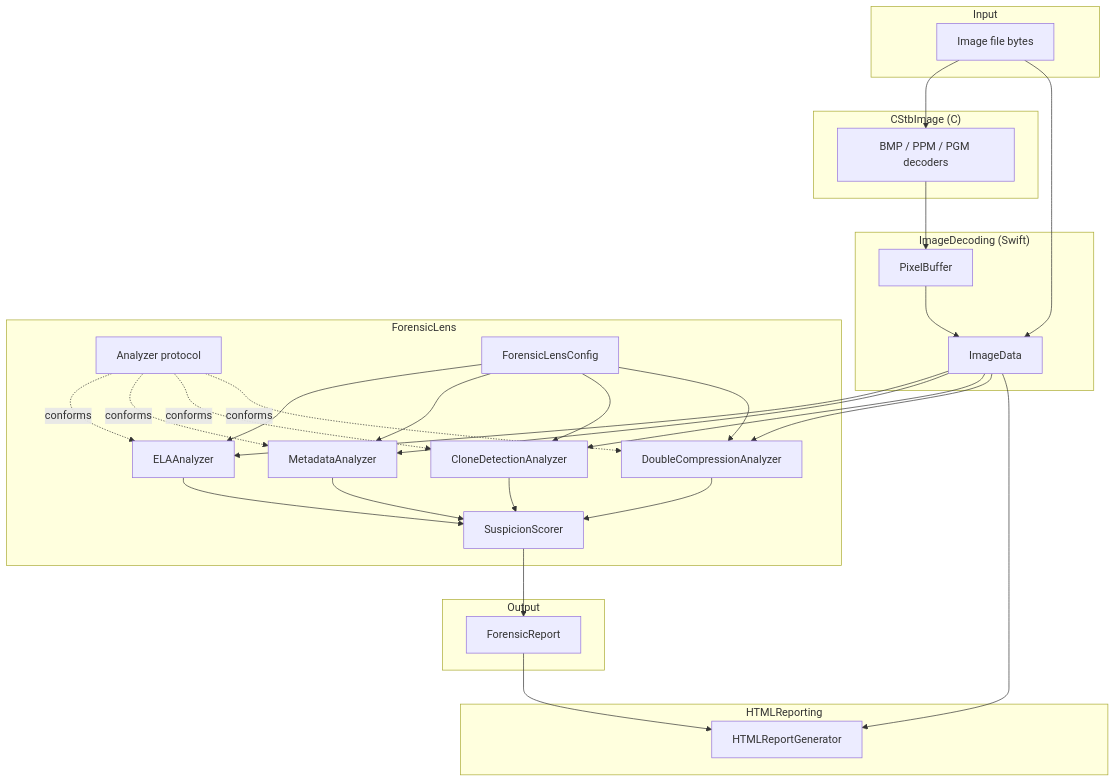
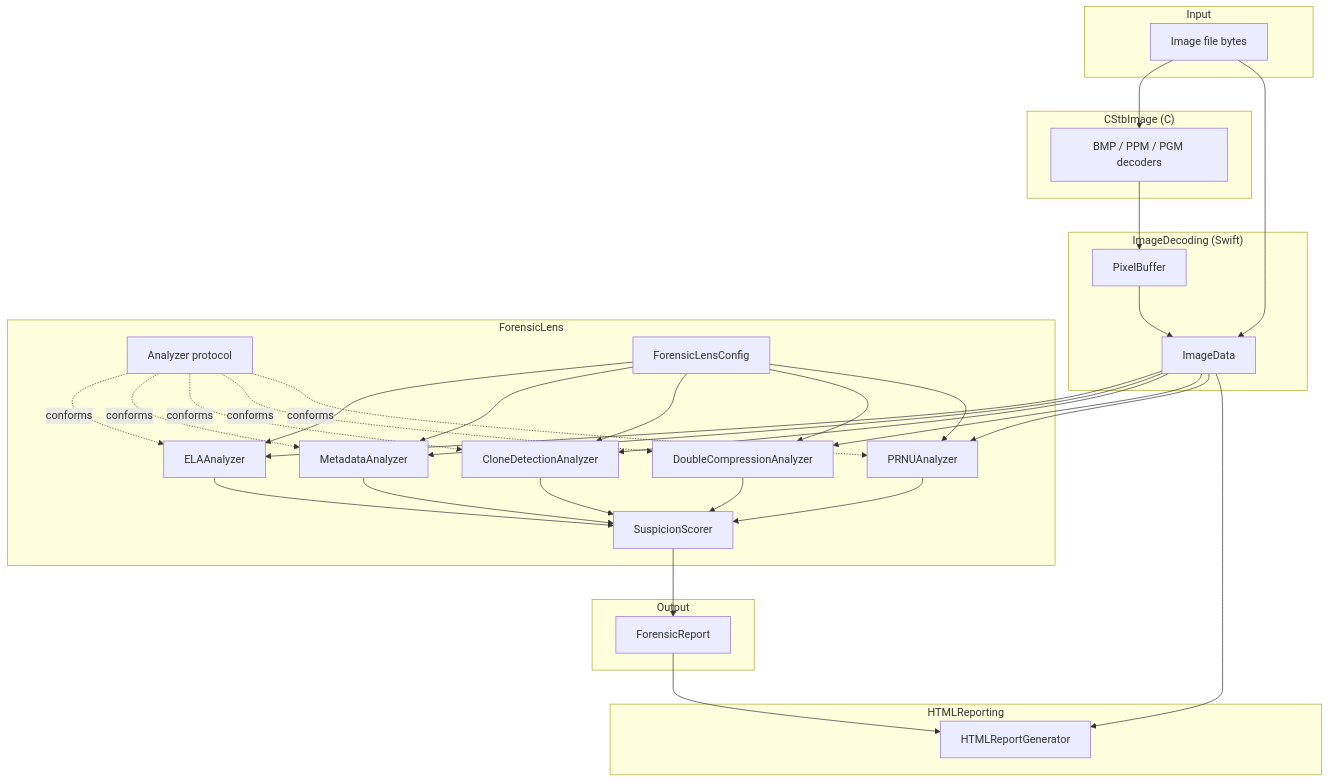
The diagram in README.md (Deipedra34/ForensicLens), drawn with Mermaid before and after one commit. The commit also changed other lines of this file and 25 other files, not shown here.

````diff
--- a/README.md
+++ b/README.md
@@ -31,57 +32,62 @@
 ```mermaid
 flowchart TB
     subgraph Input
         File[Image file bytes]
     end
 
     subgraph CStbImage["CStbImage (C)"]
         Decode[BMP / PPM / PGM decoders]
     end
 
     subgraph ImageDecoding["ImageDecoding (Swift)"]
         PixelBuffer[PixelBuffer]
         ImageData[ImageData]
     end
 
     subgraph ForensicLens["ForensicLens"]
         Analyzer["Analyzer protocol"]
         ELA[ELAAnalyzer]
         Meta[MetadataAnalyzer]
         Clone[CloneDetectionAnalyzer]
         DoubleComp[DoubleCompressionAnalyzer]
+        PRNU[PRNUAnalyzer]
         Scorer[SuspicionScorer]
         Config[ForensicLensConfig]
     end
 
     subgraph Output
         Report[ForensicReport]
     end
 
     subgraph HTMLReporting["HTMLReporting"]
         HTML[HTMLReportGenerator]
     end
 
     File --> Decode
     Decode --> PixelBuffer
     File --> ImageData
     PixelBuffer --> ImageData
     ImageData --> ELA
     ImageData --> Meta
     ImageData --> Clone
     ImageData --> DoubleComp
+    ImageData --> PRNU
     Analyzer -.conforms.-> ELA
     Analyzer -.conforms.-> Meta
     Analyzer -.conforms.-> Clone
     Analyzer -.conforms.-> DoubleComp
+    Analyzer -.conforms.-> PRNU
     Config --> ELA
     Config --> Meta
     Config --> Clone
     Config --> DoubleComp
+    Config --> PRNU
     ELA --> Scorer
     Meta --> Scorer
     Clone --> Scorer
     DoubleComp --> Scorer
+    PRNU --> Scorer
     Scorer --> Report
     Report --> HTML
     ImageData --> HTML
 ```
````
